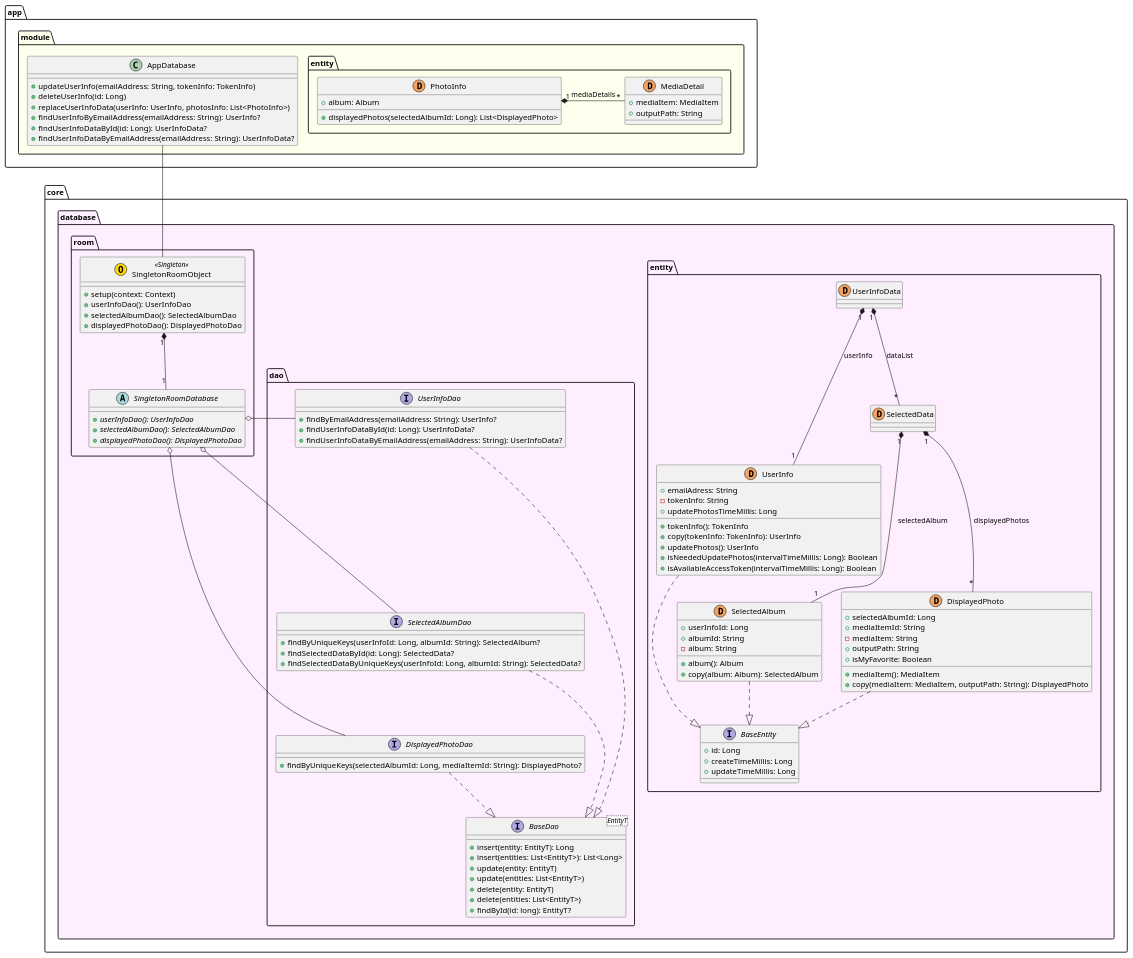
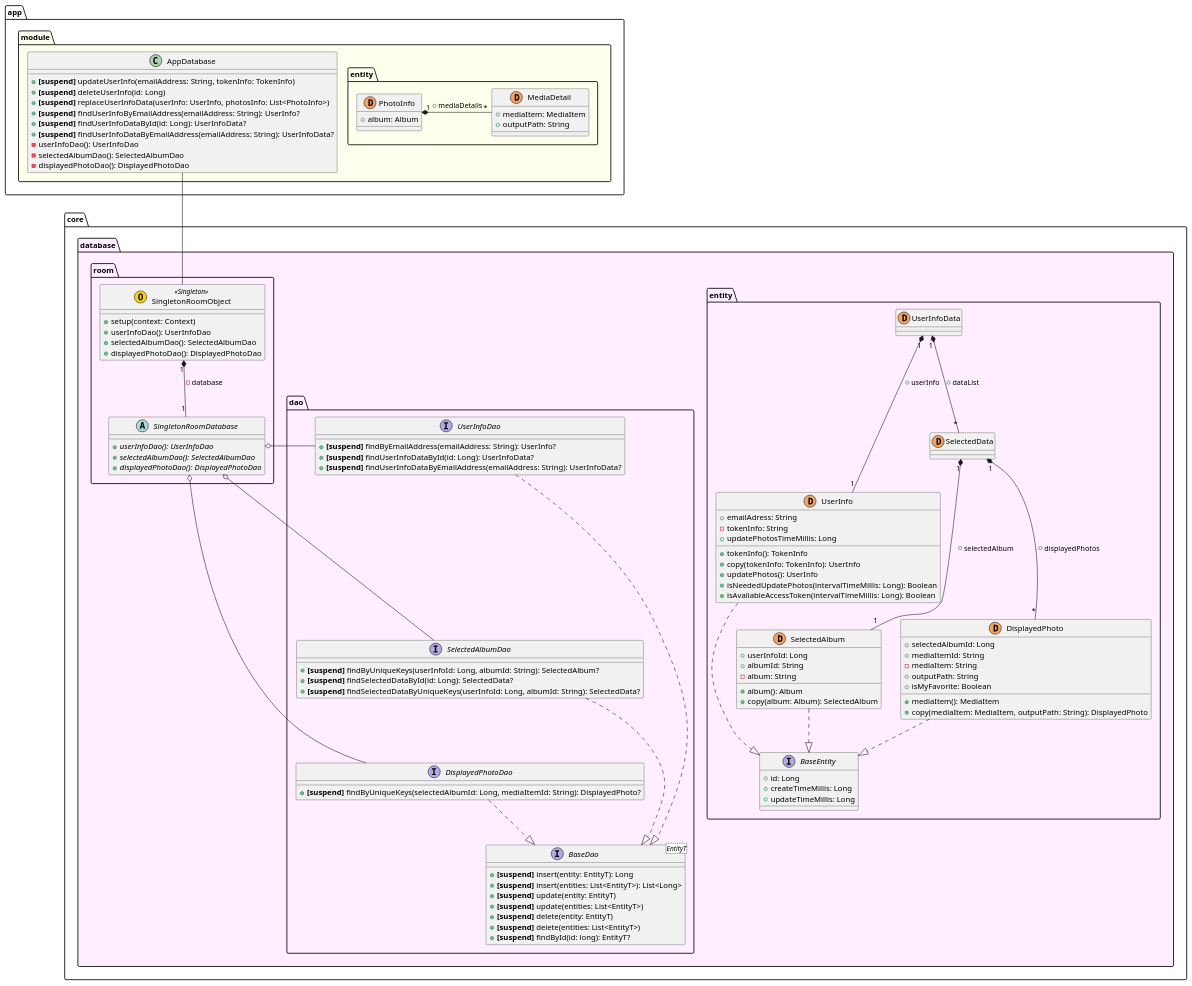
The diagram in uml/database/class_diagram_database.md (sallyluenoa/PhotoSlideShow), drawn with PlantUML before and after one commit. The commit also changed 12 other files, not shown here.

First line of the commit message:
Write UML for design #13

```diff
--- a/uml/database/class_diagram_database.md
+++ b/uml/database/class_diagram_database.md
@@ -40,34 +40,34 @@
     SelectedAlbum ..|> BaseEntity
     DisplayedPhoto ..|> BaseEntity
 
-    UserInfoData "1" *-- "1" UserInfo: userInfo
-    UserInfoData "1" *-- "*" SelectedData: dataList 
-    SelectedData "1" *-- "1" SelectedAlbum: selectedAlbum
-    SelectedData "1" *-- "*" DisplayedPhoto: displayedPhotos
+    UserInfoData "1" *-- "1" UserInfo: + userInfo
+    UserInfoData "1" *-- "*" SelectedData: + dataList 
+    SelectedData "1" *-- "1" SelectedAlbum: + selectedAlbum
+    SelectedData "1" *-- "*" DisplayedPhoto: + displayedPhotos
   }
 
   namespace dao {
     interface BaseDao<EntityT> {
-      + insert(entity: EntityT): Long
-      + insert(entities: List<EntityT>): List<Long>
-      + update(entity: EntityT)
-      + update(entities: List<EntityT>)
-      + delete(entity: EntityT)
-      + delete(entities: List<EntityT>)
-      + findById(id: long): EntityT?
+      + <B>[suspend]</B> insert(entity: EntityT): Long
+      + <B>[suspend]</B> insert(entities: List<EntityT>): List<Long>
+      + <B>[suspend]</B> update(entity: EntityT)
+      + <B>[suspend]</B> update(entities: List<EntityT>)
+      + <B>[suspend]</B> delete(entity: EntityT)
+      + <B>[suspend]</B> delete(entities: List<EntityT>)
+      + <B>[suspend]</B> findById(id: long): EntityT?
     }
     interface UserInfoDao {
-      + findByEmailAddress(emailAddress: String): UserInfo?
-      + findUserInfoDataById(id: Long): UserInfoData?
-      + findUserInfoDataByEmailAddress(emailAddress: String): UserInfoData?
+      + <B>[suspend]</B> findByEmailAddress(emailAddress: String): UserInfo?
+      + <B>[suspend]</B> findUserInfoDataById(id: Long): UserInfoData?
+      + <B>[suspend]</B> findUserInfoDataByEmailAddress(emailAddress: String): UserInfoData?
     }
     interface SelectedAlbumDao {
-      + findByUniqueKeys(userInfoId: Long, albumId: String): SelectedAlbum?
-      + findSelectedDataById(id: Long): SelectedData?
-      + findSelectedDataByUniqueKeys(userInfoId: Long, albumId: String): SelectedData?
+      + <B>[suspend]</B> findByUniqueKeys(userInfoId: Long, albumId: String): SelectedAlbum?
+      + <B>[suspend]</B> findSelectedDataById(id: Long): SelectedData?
+      + <B>[suspend]</B> findSelectedDataByUniqueKeys(userInfoId: Long, albumId: String): SelectedData?
     }
     interface DisplayedPhotoDao {
-      + findByUniqueKeys(selectedAlbumId: Long, mediaItemId: String): DisplayedPhoto?
+      + <B>[suspend]</B> findByUniqueKeys(selectedAlbumId: Long, mediaItemId: String): DisplayedPhoto?
     }
 
     UserInfoDao ..|> BaseDao
@@ -91,7 +91,7 @@
       + {abstract} displayedPhotoDao(): DisplayedPhotoDao
     }
 
-    SingletonRoomObject "1" *-down- "1" SingletonRoomDatabase
+    SingletonRoomObject "1" *-down- "1" SingletonRoomDatabase: - database
   }
 }
 
@@ -100,24 +100,26 @@
   namespace entity {
     class PhotoInfo << (D, sandybrown) >> {
       + album: Album
-      + displayedPhotos(selectedAlbumId: Long): List<DisplayedPhoto>
     }
     class MediaDetail << (D, sandybrown) >> {
       + mediaItem: MediaItem
       + outputPath: String
     }
 
-    PhotoInfo "1" *-right- "*" MediaDetail: mediaDetails
+    PhotoInfo "1" *-right- "*" MediaDetail: + mediaDetails
   } 
 
   class AppDatabase {
-    + updateUserInfo(emailAddress: String, tokenInfo: TokenInfo)
-    + deleteUserInfo(id: Long)
-    + replaceUserInfoData(userInfo: UserInfo, photosInfo: List<PhotoInfo>)
-    + findUserInfoByEmailAddress(emailAddress: String): UserInfo?
-    + findUserInfoDataById(id: Long): UserInfoData?
-    + findUserInfoDataByEmailAddress(emailAddress: String): UserInfoData?
-   }
+    + <B>[suspend]</B> updateUserInfo(emailAddress: String, tokenInfo: TokenInfo)
+    + <B>[suspend]</B> deleteUserInfo(id: Long)
+    + <B>[suspend]</B> replaceUserInfoData(userInfo: UserInfo, photosInfo: List<PhotoInfo>)
+    + <B>[suspend]</B> findUserInfoByEmailAddress(emailAddress: String): UserInfo?
+    + <B>[suspend]</B> findUserInfoDataById(id: Long): UserInfoData?
+    + <B>[suspend]</B> findUserInfoDataByEmailAddress(emailAddress: String): UserInfoData?
+    - userInfoDao(): UserInfoDao
+    - selectedAlbumDao(): SelectedAlbumDao
+    - displayedPhotoDao(): DisplayedPhotoDao
+  }
 }
 
 core.database.room.SingletonRoomDatabase o-right- core.database.dao.UserInfoDao
```
